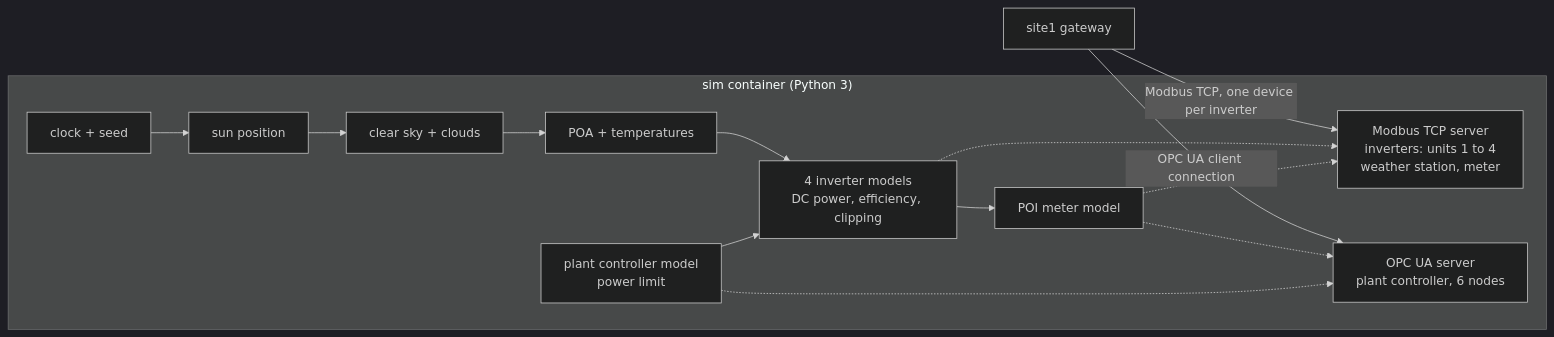
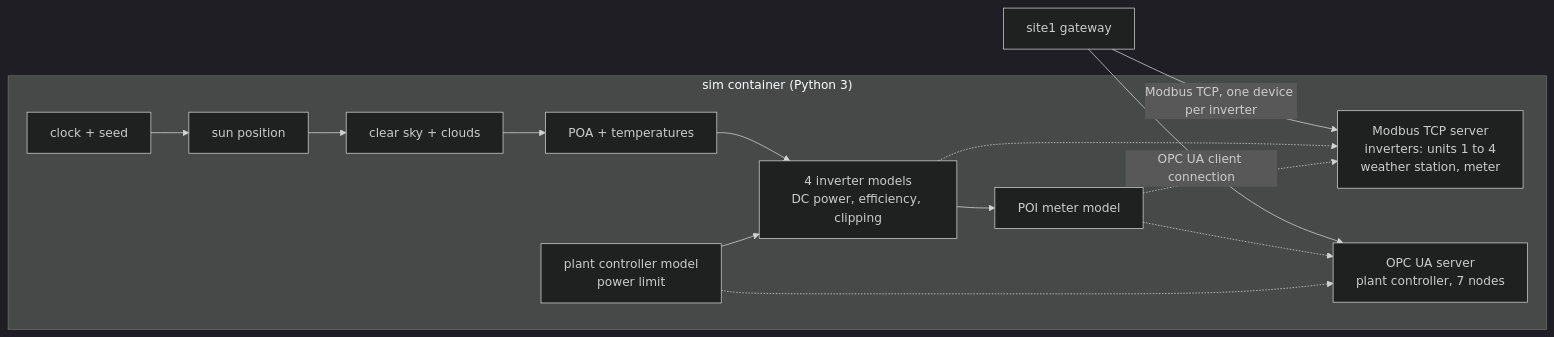
One commit to weslysmith863/ignition-fleet-scada changed the diagram in docs/layer-cards/01-field-devices-and-simulator.md. Above: the diagram before and after it, drawn with Mermaid (dark theme). The commit also changed other lines of this file and 18 other files, not shown here.

````diff
--- a/docs/layer-cards/01-field-devices-and-simulator.md
+++ b/docs/layer-cards/01-field-devices-and-simulator.md
@@ -33,17 +33,17 @@
 ```mermaid
 flowchart LR
   subgraph SIM["sim container (Python 3)"]
     CLK["clock + seed"] --> SUN["sun position"] --> SKY["clear sky + clouds"] --> POA["POA + temperatures"] --> INV["4 inverter models<br>DC power, efficiency, clipping"]
     PCM["plant controller model<br>power limit"] --> INV
     INV --> MET["POI meter model"]
     MB["Modbus TCP server<br>inverters: units 1 to 4<br>weather station, meter"]
-    OPC["OPC UA server<br>plant controller, 6 nodes"]
+    OPC["OPC UA server<br>plant controller, 7 nodes"]
   end
   SITE1["site1 gateway"]
   SITE1 -->|"Modbus TCP, one device per inverter"| MB
   SITE1 -->|"OPC UA client connection"| OPC
   INV -.-> MB
   MET -.-> MB
   MET -.-> OPC
   PCM -.-> OPC
 ```
````
